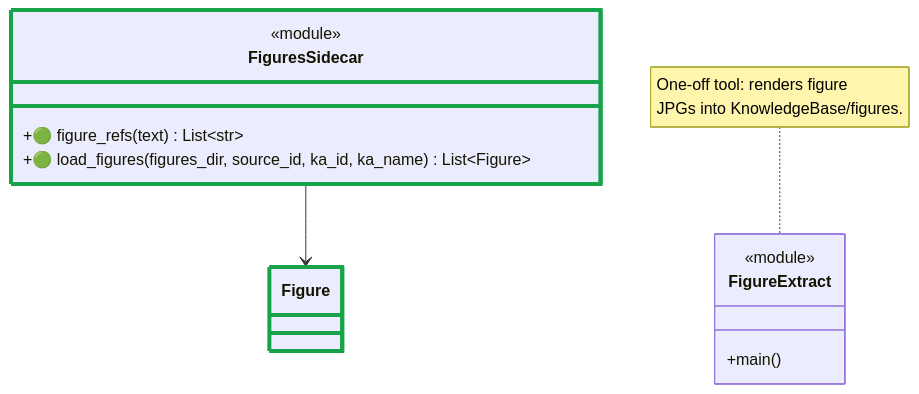
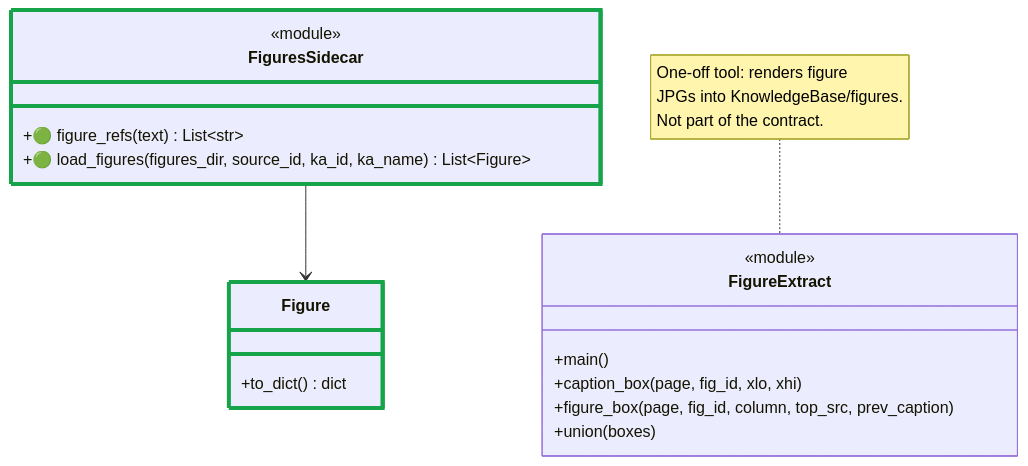
Before and after one commit to SzatanKluska/MCPSWEBOK: the ninth of 19 diagrams in docs/architecture/system-class-diagram.md, drawn with Mermaid. The commit also changed other lines of this file and 6 other files, not shown here.

````diff
--- a/docs/architecture/system-class-diagram.md
+++ b/docs/architecture/system-class-diagram.md
@@ -385,19 +403,24 @@
 ```mermaid
 classDiagram
-  class Figure
+  class Figure {
+    +to_dict() dict
+  }
   class FiguresSidecar {
     <<module>>
     +🟢 figure_refs(text) List~str~
     +🟢 load_figures(figures_dir, source_id, ka_id, ka_name) List~Figure~
   }
   class FigureExtract {
     <<module>>
     +main()
+    +caption_box(page, fig_id, xlo, xhi)
+    +figure_box(page, fig_id, column, top_src, prev_caption)
+    +union(boxes)
   }
 
   FiguresSidecar --> Figure
 
-  note for FigureExtract "One-off tool: renders figure<br/>JPGs into KnowledgeBase/figures."
+  note for FigureExtract "One-off tool: renders figure<br/>JPGs into KnowledgeBase/figures.<br/>Not part of the contract."
+  style Figure stroke:#16A34A,stroke-width:4px
   style FiguresSidecar stroke:#16A34A,stroke-width:4px
-  style Figure stroke:#16A34A,stroke-width:4px
 ```
````
